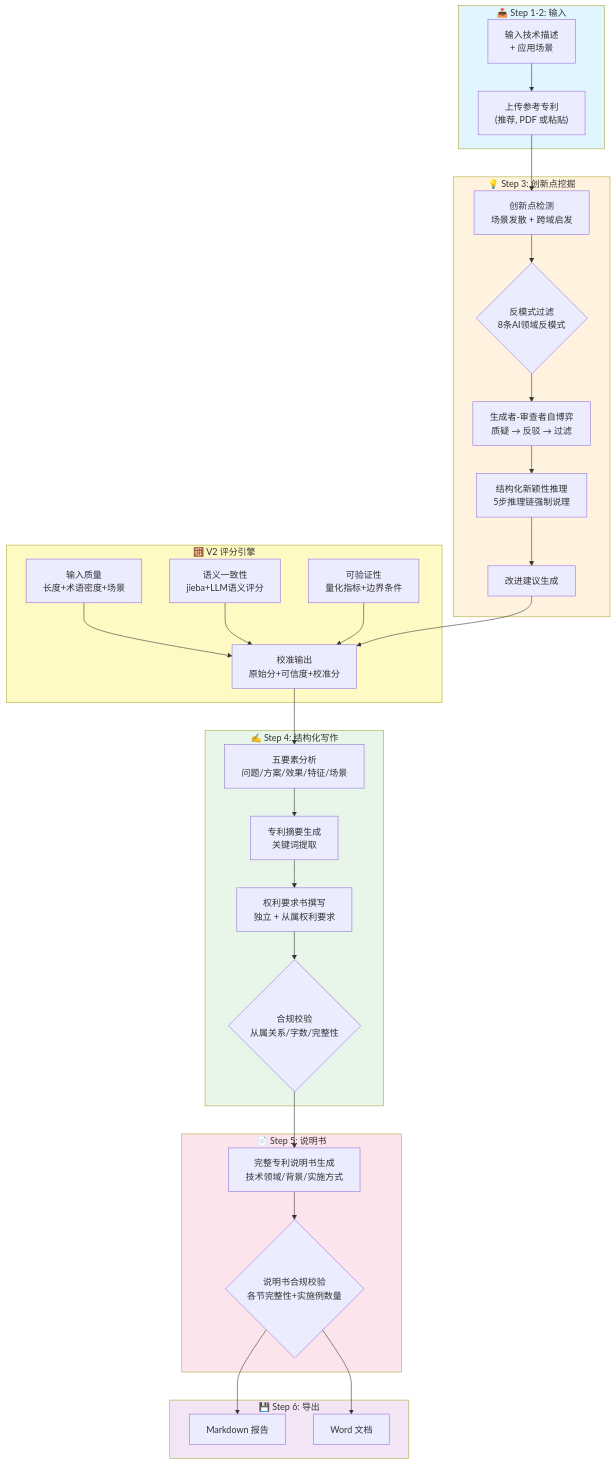
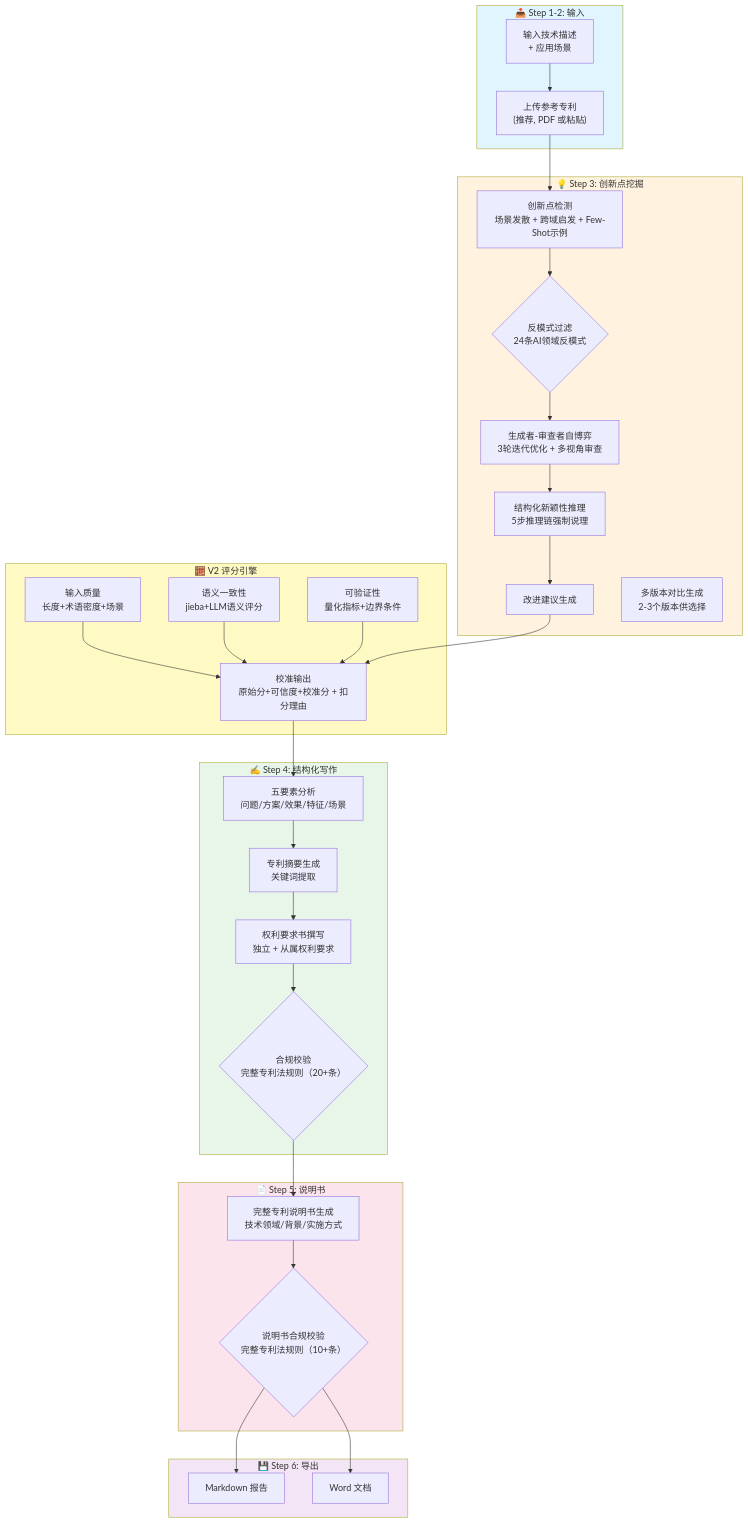
The first of 2 diagrams in README.md (Sololololo/AI_Patent), drawn with Mermaid before and after one commit. The commit also changed other lines of this file, not shown here.

Commit message:
更新README：mermaid流程图+版本对比v4

````diff
--- a/README.md
+++ b/README.md
@@ -17,60 +17,61 @@
 ```mermaid
 flowchart TD
     subgraph 输入层["📥 Step 1-2: 输入"]
         A1["输入技术描述\n+ 应用场景"]
         A2["上传参考专利\n(推荐, PDF 或粘贴)"]
         A1 --> A2
     end
 
     subgraph 创新层["💡 Step 3: 创新点挖掘"]
-        B1["创新点检测\n场景发散 + 跨域启发"]
-        B1a{"反模式过滤\n8条AI领域反模式"}
-        B2["生成者-审查者自博弈\n质疑 → 反驳 → 过滤"]
+        B1["创新点检测\n场景发散 + 跨域启发 + Few-Shot示例"]
+        B1a{"反模式过滤\n24条AI领域反模式"}
+        B2["生成者-审查者自博弈\n3轮迭代优化 + 多视角审查"]
         B3["结构化新颖性推理\n5步推理链强制说理"]
         B4["改进建议生成"]
         B1 --> B1a --> B2 --> B3 --> B4
+        B4a["多版本对比生成\n2-3个版本供选择"]
     end
 
     subgraph 评分层["🧮 V2 评分引擎"]
         S1["输入质量\n长度+术语密度+场景"]
         S2["语义一致性\njieba+LLM语义评分"]
         S3["可验证性\n量化指标+边界条件"]
-        S4["校准输出\n原始分+可信度+校准分"]
+        S4["校准输出\n原始分+可信度+校准分 + 扣分理由"]
         S1 --> S4
         S2 --> S4
         S3 --> S4
     end
 
     subgraph 写作层["✍️ Step 4: 结构化写作"]
         C1["五要素分析\n问题/方案/效果/特征/场景"]
         C2["专利摘要生成\n关键词提取"]
         C3["权利要求书撰写\n独立 + 从属权利要求"]
-        C4{"合规校验\n从属关系/字数/完整性"}
+        C4{"合规校验\n完整专利法规则（20+条）"}
         C1 --> C2 --> C3 --> C4
     end
 
     subgraph 生成层["📄 Step 5: 说明书"]
         D1["完整专利说明书生成\n技术领域/背景/实施方式"]
-        D2{"说明书合规校验\n各节完整性+实施例数量"}
+        D2{"说明书合规校验\n完整专利法规则（10+条）"}
         D1 --> D2
     end
 
     subgraph 导出层["💾 Step 6: 导出"]
         E1["Markdown 报告"]
         E2["Word 文档"]
     end
 
     A2 --> B1
     B4 --> S4
     S4 --> C1
     C4 --> D1
     D2 --> E1
     D2 --> E2
 
     style 输入层 fill:#e1f5fe
     style 创新层 fill:#fff3e0
     style 评分层 fill:#fff9c4
     style 写作层 fill:#e8f5e9
     style 生成层 fill:#fce4ec
     style 导出层 fill:#f3e5f5
 ```
````
